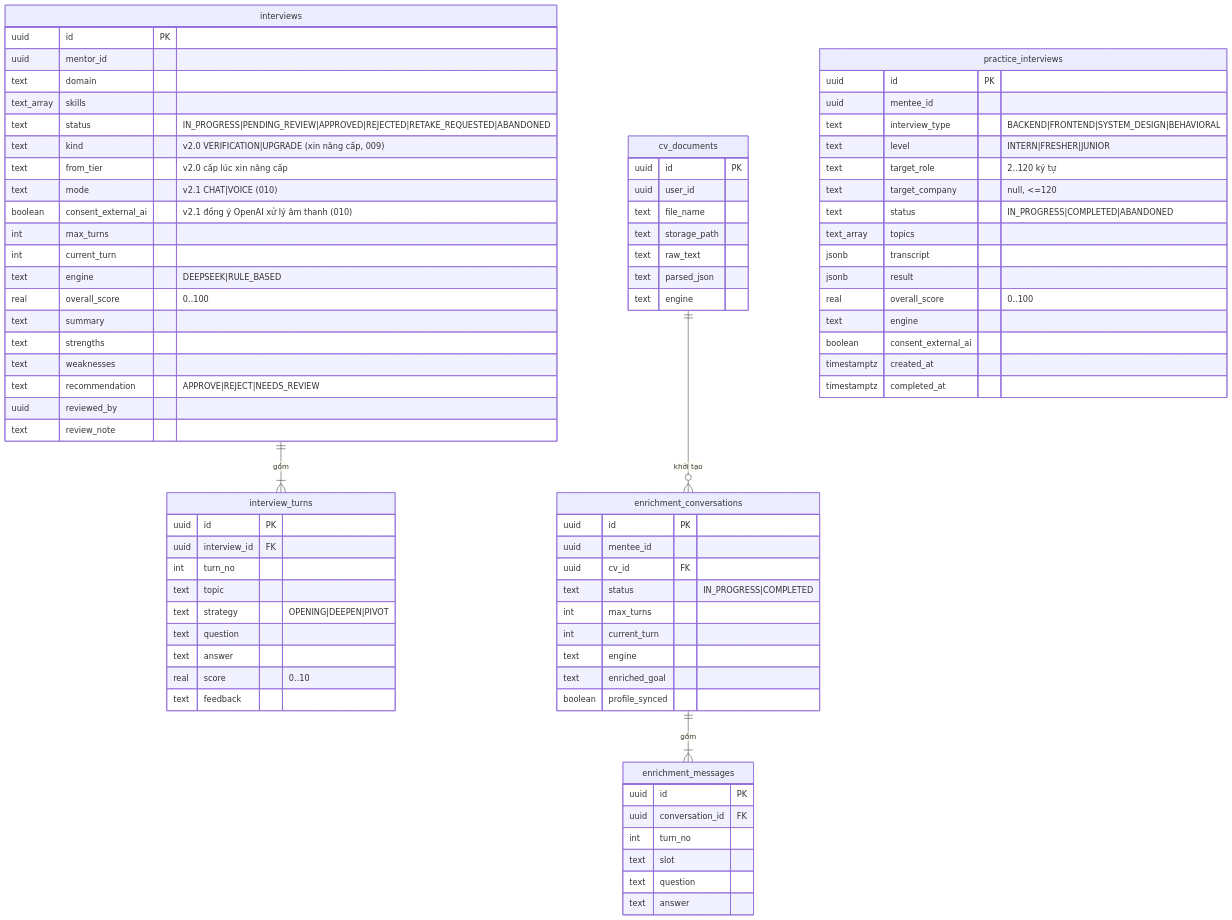
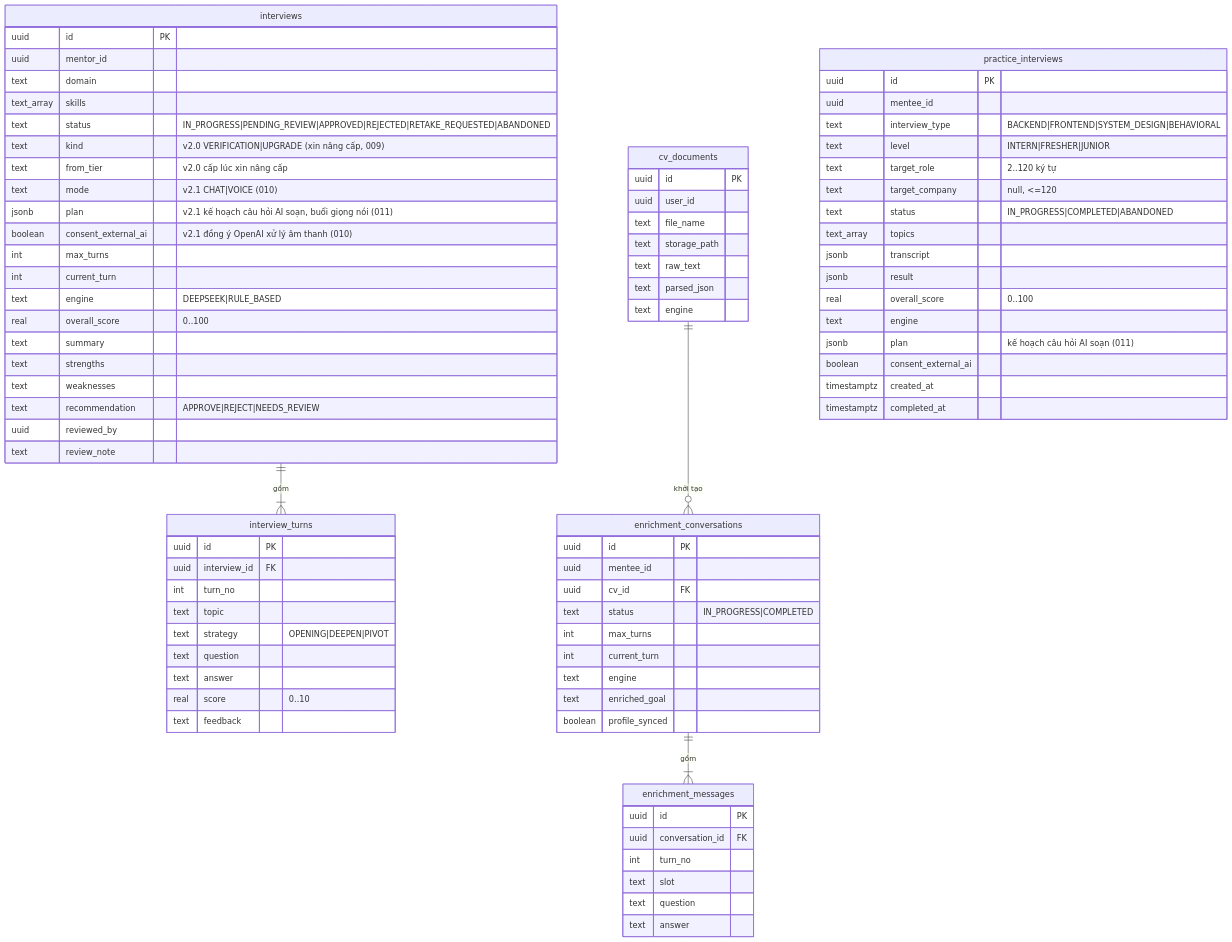
One commit to quangpham10212004/do_an_2026 changed the fifth of 8 diagrams in docs/database-design.md. Above: the diagram before and after it, drawn with Mermaid. The commit also changed other lines of this file and 28 other files, not shown here.

```diff
--- a/docs/database-design.md
+++ b/docs/database-design.md
@@ -242,6 +242,7 @@
         text kind "v2.0 VERIFICATION|UPGRADE (xin nâng cấp, 009)"
         text from_tier "v2.0 cấp lúc xin nâng cấp"
         text mode "v2.1 CHAT|VOICE (010)"
+        jsonb plan "v2.1 kế hoạch câu hỏi AI soạn, buổi giọng nói (011)"
         boolean consent_external_ai "v2.1 đồng ý OpenAI xử lý âm thanh (010)"
         int max_turns
         int current_turn
@@ -306,6 +307,7 @@
         jsonb result
         real overall_score "0..100"
         text engine
+        jsonb plan "kế hoạch câu hỏi AI soạn (011)"
         boolean consent_external_ai
         timestamptz created_at
         timestamptz completed_at
```
